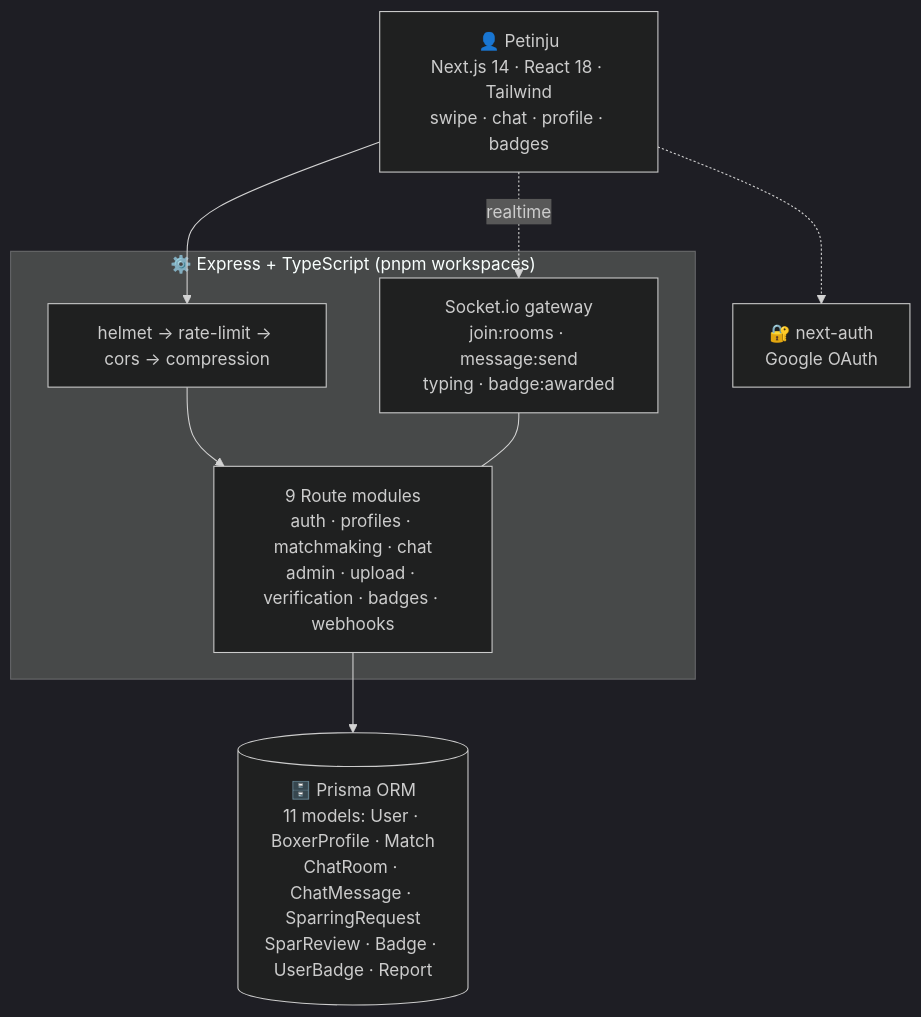
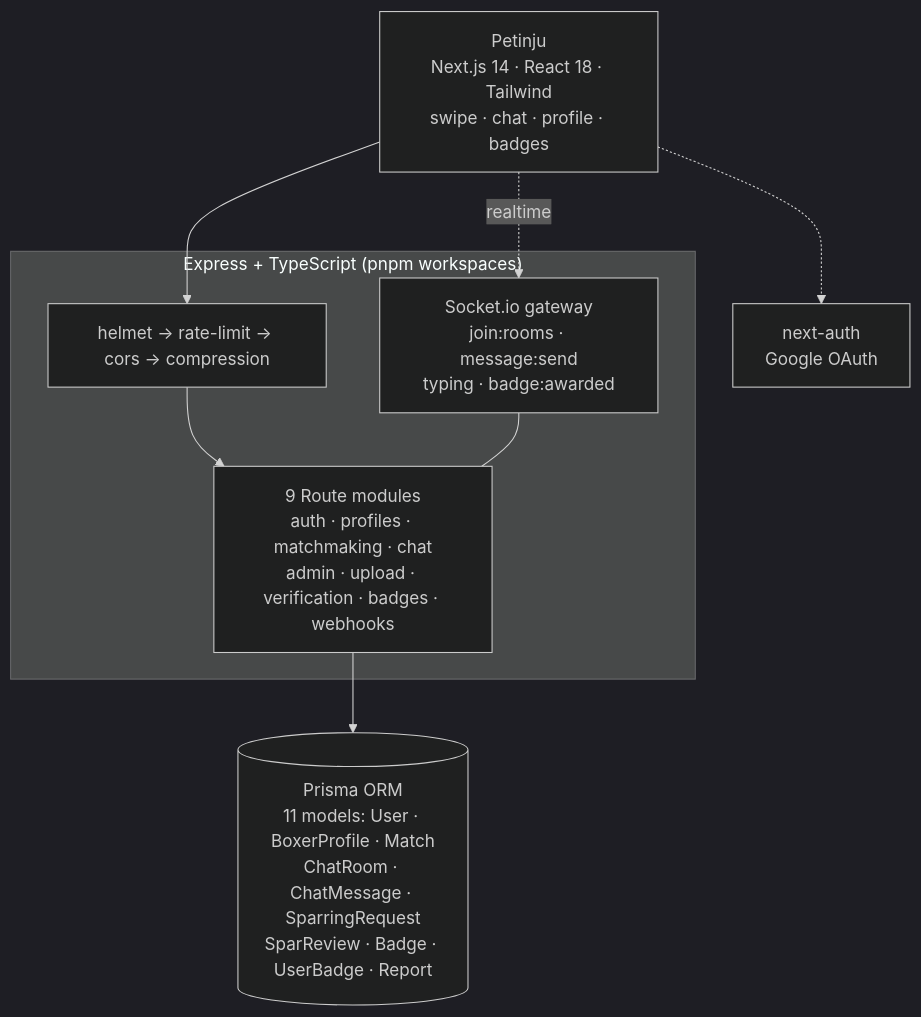
Before and after one commit to kandarlubis31/tanding-in-showcase: the diagram in README.md, drawn with Mermaid (dark theme). The commit also changed other lines of this file, not shown here.

````diff
--- a/README.md
+++ b/README.md
@@ -55,15 +55,15 @@
 ```mermaid
 flowchart TB
-    U["👤 Petinju<br/>Next.js 14 · React 18 · Tailwind<br/>swipe · chat · profile · badges"]
-    subgraph BE["⚙️ Express + TypeScript (pnpm workspaces)"]
+    U[" Petinju<br/>Next.js 14 · React 18 · Tailwind<br/>swipe · chat · profile · badges"]
+    subgraph BE[" Express + TypeScript (pnpm workspaces)"]
         MW["helmet → rate-limit → cors → compression"]
         RT["9 Route modules<br/>auth · profiles · matchmaking · chat<br/>admin · upload · verification · badges · webhooks"]
         WS["Socket.io gateway<br/>join:rooms · message:send<br/>typing · badge:awarded"]
     end
-    DB[("🗄️ Prisma ORM<br/>11 models: User · BoxerProfile · Match<br/>ChatRoom · ChatMessage · SparringRequest<br/>SparReview · Badge · UserBadge · Report")]
-    G["🔐 next-auth<br/>Google OAuth"]
+    DB[(" Prisma ORM<br/>11 models: User · BoxerProfile · Match<br/>ChatRoom · ChatMessage · SparringRequest<br/>SparReview · Badge · UserBadge · Report")]
+    G[" next-auth<br/>Google OAuth"]
     U --> MW
     MW --> RT --> DB
     U -.->|"realtime"| WS --- RT
     U -.-> G
 ```
````
